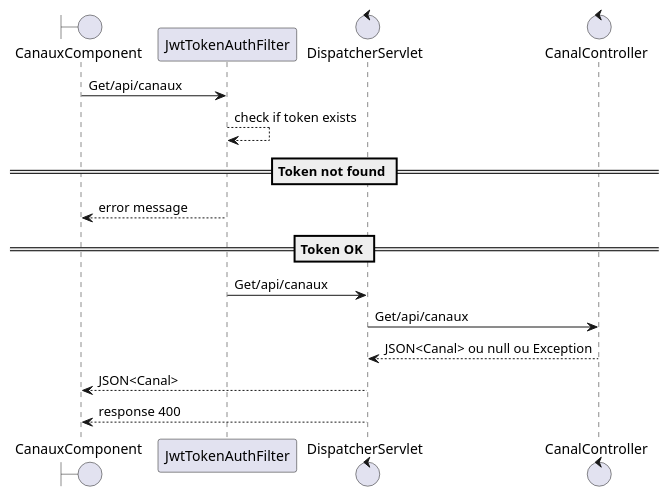
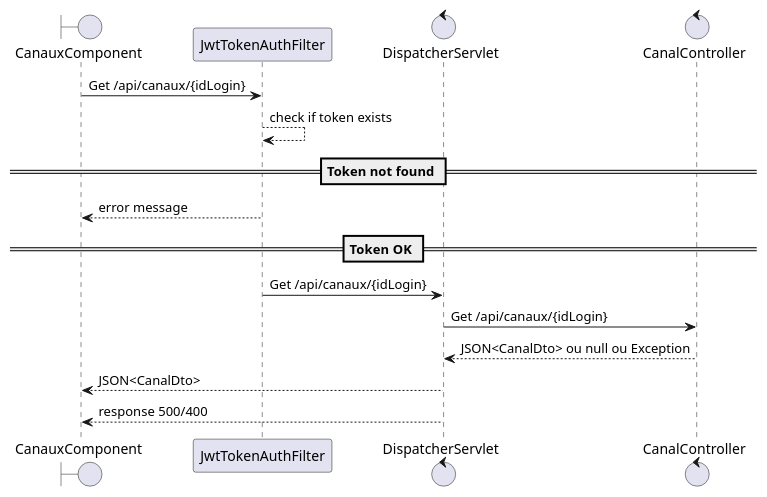
The diagram in public/diagramme-de-sequence/listerCanauxById.puml (soupramanien/cdaMassy2021ReactJS), drawn with PlantUML before and after one commit. The commit also changed 3 other files, not shown here.

Commit message:
Update diagrame-de-sequence -> Url Pattern

```diff
--- a/public/diagramme-de-sequence/listerCanauxById.puml
+++ b/public/diagramme-de-sequence/listerCanauxById.puml
@@ -3,18 +3,18 @@
 @startuml
 boundary CanauxComponent
 participant JwtTokenAuthFilter
 control DispatcherServlet 
 control CanalController 
 
 
-CanauxComponent -> JwtTokenAuthFilter : Get/api/canaux 
+CanauxComponent -> JwtTokenAuthFilter : Get /api/canaux/{idLogin} 
 JwtTokenAuthFilter --> JwtTokenAuthFilter : check if token exists
 ==Token not found ==
 JwtTokenAuthFilter --> CanauxComponent : error message 
 ==Token OK ==
-JwtTokenAuthFilter -> DispatcherServlet : Get/api/canaux
-DispatcherServlet -> CanalController : Get/api/canaux
-CanalController --> DispatcherServlet : JSON<Canal> ou null ou Exception
-DispatcherServlet --> CanauxComponent : JSON<Canal>
-DispatcherServlet --> CanauxComponent : response 400
+JwtTokenAuthFilter -> DispatcherServlet : Get /api/canaux/{idLogin}
+DispatcherServlet -> CanalController : Get /api/canaux/{idLogin}
+CanalController --> DispatcherServlet : JSON<CanalDto> ou null ou Exception
+DispatcherServlet --> CanauxComponent : JSON<CanalDto>
+DispatcherServlet --> CanauxComponent : response 500/400
 @enduml
```
